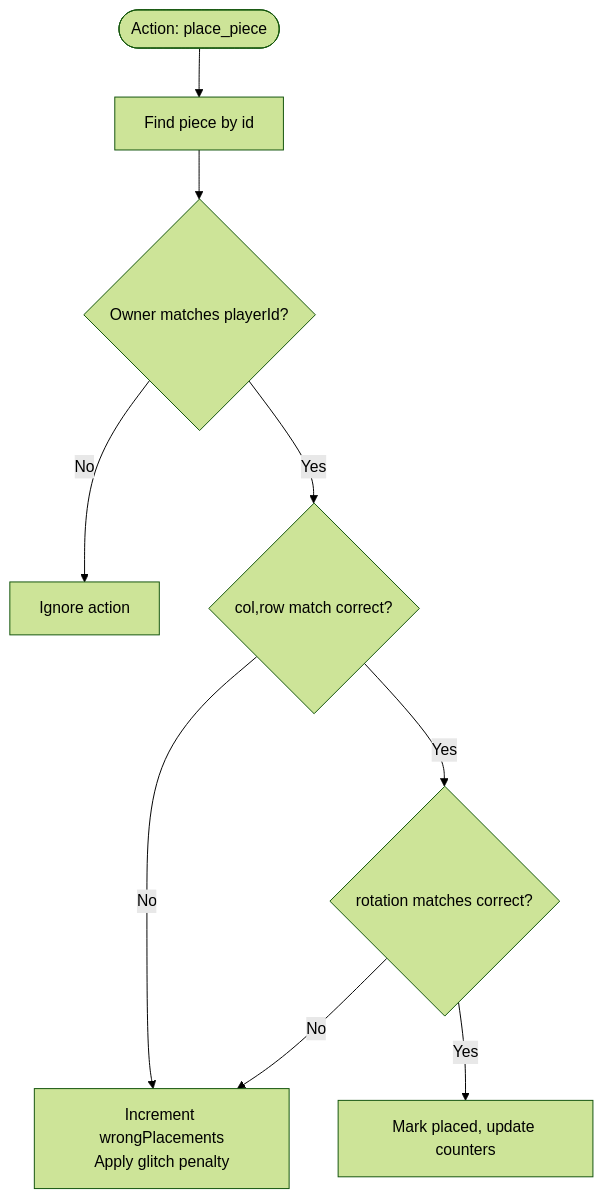
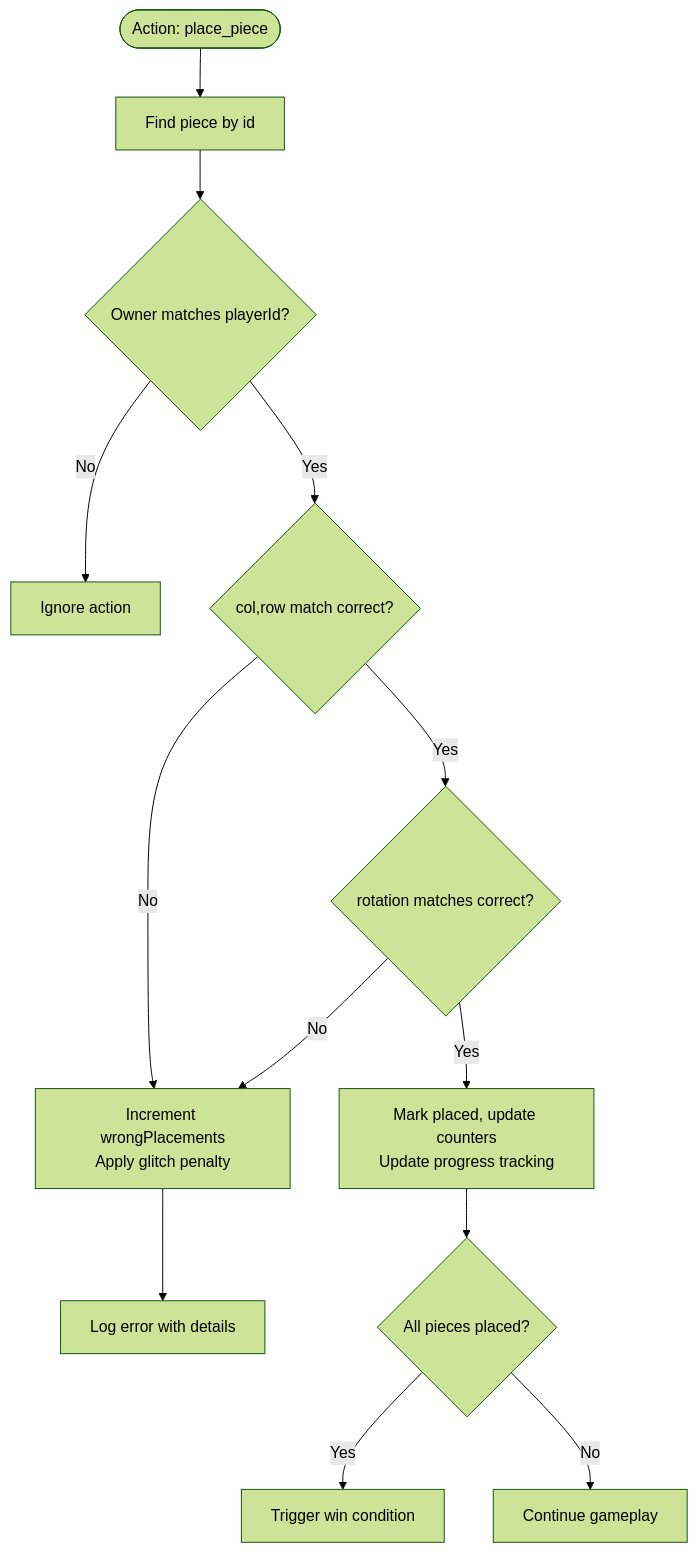
The seventh of 10 diagrams in .qoder/repowiki/en/content/Puzzle System/Collaborative Assembly Puzzle.md (dkoukoul/escape-room-mvp), drawn with Mermaid (forest theme) before and after one commit. The commit also changed other lines of this file and 21 other files, not shown here.

````diff
--- a/.qoder/repowiki/en/content/Puzzle System/Collaborative Assembly Puzzle.md
+++ b/.qoder/repowiki/en/content/Puzzle System/Collaborative Assembly Puzzle.md
@@ -307,11 +373,15 @@
 ```mermaid
 flowchart TD
 Start(["Action: place_piece"]) --> FindPiece["Find piece by id"]
 FindPiece --> OwnerCheck{"Owner matches playerId?"}
 OwnerCheck -- No --> Ignore["Ignore action"]
 OwnerCheck -- Yes --> PositionCheck{"col,row match correct?"}
 PositionCheck -- No --> Wrong["Increment wrongPlacements<br/>Apply glitch penalty"]
 PositionCheck -- Yes --> RotationCheck{"rotation matches correct?"}
 RotationCheck -- No --> Wrong
-RotationCheck -- Yes --> Place["Mark placed, update counters"]
+RotationCheck -- Yes --> Place["Mark placed, update counters<br/>Update progress tracking"]
+Wrong --> LogError["Log error with details"]
+Place --> CheckComplete{"All pieces placed?"}
+CheckComplete -- Yes --> Win["Trigger win condition"]
+CheckComplete -- No --> Continue["Continue gameplay"]
 ```
````
